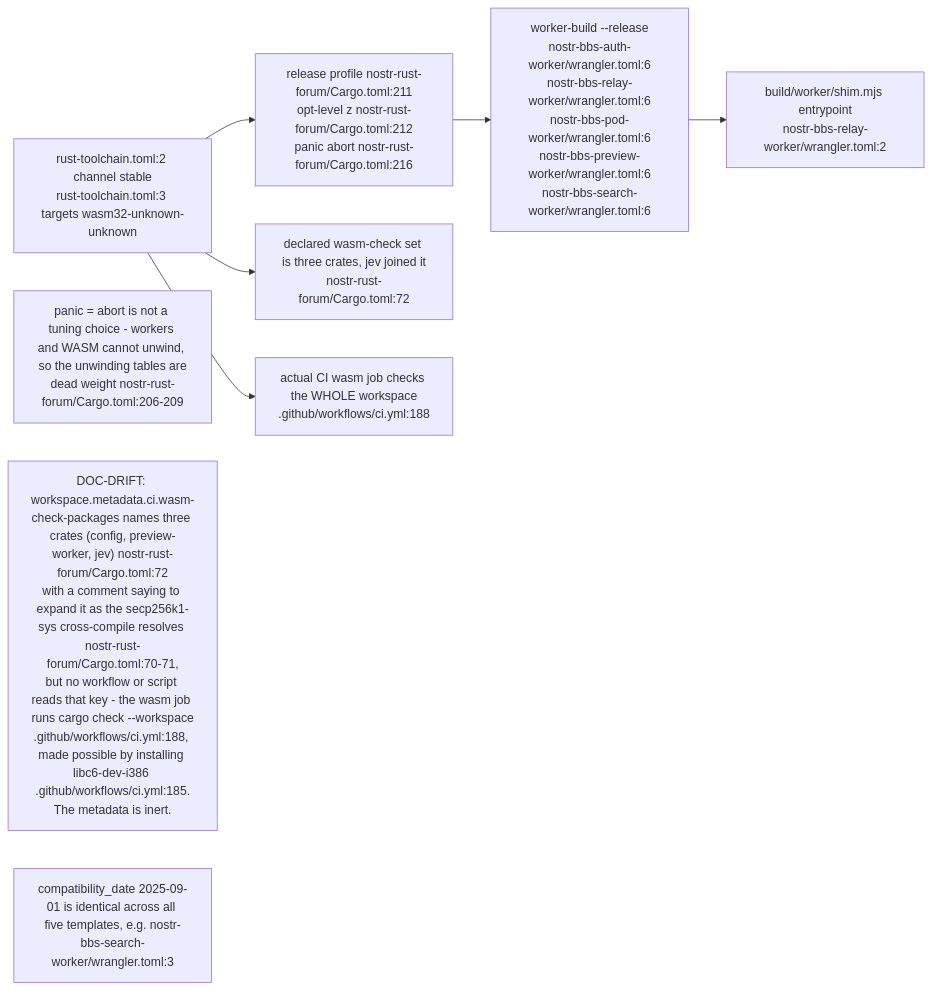
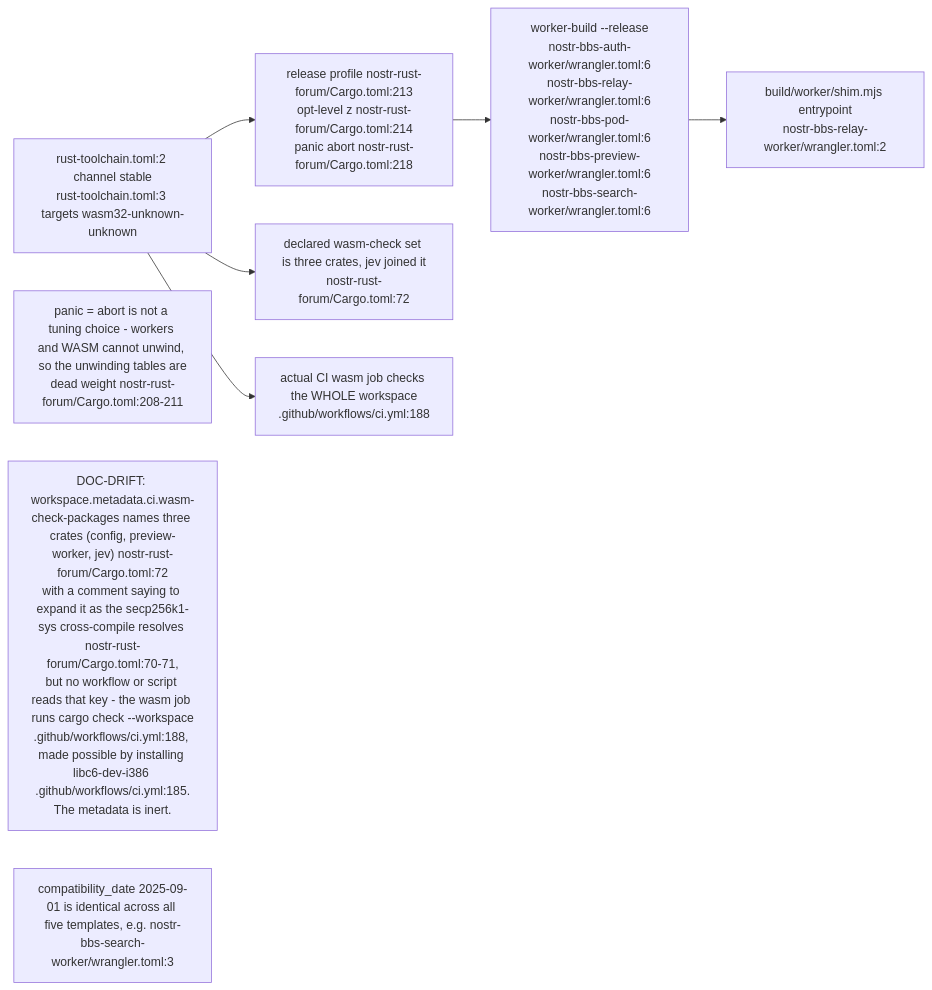
The second of 7 diagrams in docs/diagrams/nostr-rust-forum/01-workspace-and-worker-topology.md (DreamLab-AI/VisionFlow), drawn with Mermaid before and after one commit. The commit also changed other lines of this file and 23 other files, not shown here.

First line of the commit message:
docs(diagrams): pass C nostr-rust-forum area re-verified at de31aaa

````diff
--- a/docs/diagrams/nostr-rust-forum/01-workspace-and-worker-topology.md
+++ b/docs/diagrams/nostr-rust-forum/01-workspace-and-worker-topology.md
@@ -121,17 +123,17 @@
 ```mermaid
 flowchart LR
     TC["rust-toolchain.toml:2 channel stable<br/>rust-toolchain.toml:3 targets wasm32-unknown-unknown"]
-    PROF["release profile nostr-rust-forum/Cargo.toml:211<br/>opt-level z nostr-rust-forum/Cargo.toml:212<br/>panic abort nostr-rust-forum/Cargo.toml:216"]
+    PROF["release profile nostr-rust-forum/Cargo.toml:213<br/>opt-level z nostr-rust-forum/Cargo.toml:214<br/>panic abort nostr-rust-forum/Cargo.toml:218"]
     WB["worker-build --release<br/>nostr-bbs-auth-worker/wrangler.toml:6<br/>nostr-bbs-relay-worker/wrangler.toml:6<br/>nostr-bbs-pod-worker/wrangler.toml:6<br/>nostr-bbs-preview-worker/wrangler.toml:6<br/>nostr-bbs-search-worker/wrangler.toml:6"]
     SHIM["build/worker/shim.mjs entrypoint<br/>nostr-bbs-relay-worker/wrangler.toml:2"]
     CIW["declared wasm-check set is three crates, jev joined it<br/>nostr-rust-forum/Cargo.toml:72"]
     CIJOB["actual CI wasm job checks the WHOLE workspace<br/>.github/workflows/ci.yml:188"]
 
     TC --> PROF --> WB --> SHIM
     TC --> CIW
     TC --> CIJOB
 
-    N1["panic = abort is not a tuning choice - workers and WASM cannot unwind, so the unwinding tables are<br/>dead weight nostr-rust-forum/Cargo.toml:206-209"]
+    N1["panic = abort is not a tuning choice - workers and WASM cannot unwind, so the unwinding tables are<br/>dead weight nostr-rust-forum/Cargo.toml:208-211"]
     N2["DOC-DRIFT: workspace.metadata.ci.wasm-check-packages names three crates (config, preview-worker, jev) nostr-rust-forum/Cargo.toml:72<br/>with a comment saying to expand it as the secp256k1-sys cross-compile resolves nostr-rust-forum/Cargo.toml:70-71,<br/>but no workflow or script reads that key - the wasm job runs cargo check --workspace<br/>.github/workflows/ci.yml:188, made possible by installing libc6-dev-i386 .github/workflows/ci.yml:185.<br/>The metadata is inert."]
     N3["compatibility_date 2025-09-01 is identical across all five templates, e.g. nostr-bbs-search-worker/wrangler.toml:3"]
 ```
````
